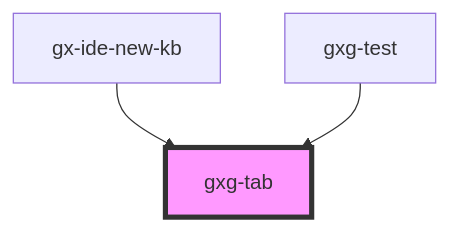
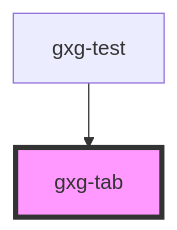
One commit to genexuslabs/gemini changed the diagram in src/components/tab/readme.md. Above: the diagram before and after it, drawn with Mermaid. The commit also changed other lines of this file and 59 other files, not shown here.

````diff
--- a/src/components/tab/readme.md
+++ b/src/components/tab/readme.md
@@ -22,6 +21,5 @@
 ```mermaid
 graph TD;
-  gx-ide-new-kb --> gxg-tab
   gxg-test --> gxg-tab
   style gxg-tab fill:#f9f,stroke:#333,stroke-width:4px
 ```
````
